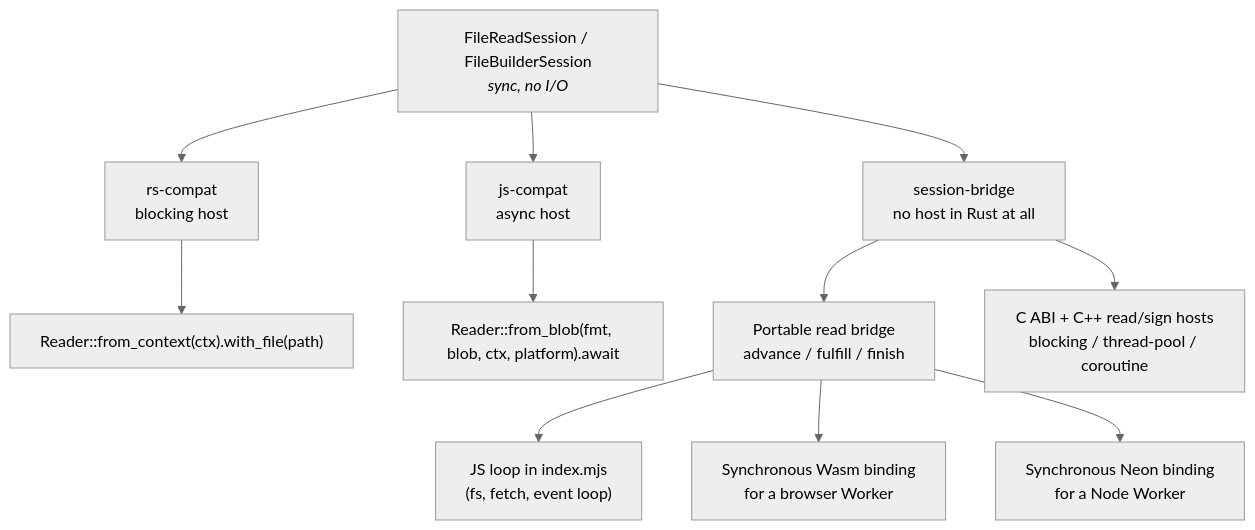
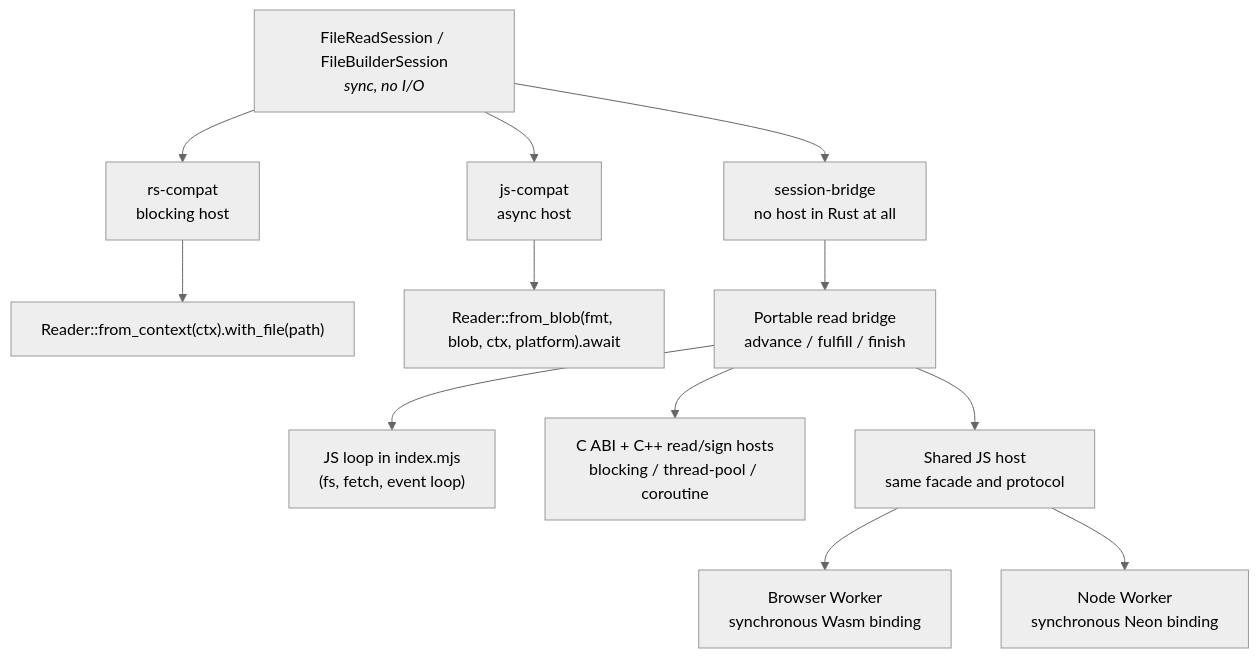
The first of 2 diagrams in docs/walkthrough/06-bindings.md (scouten/state-machine-experiment), drawn with Mermaid (neutral theme) before and after one commit. The commit also changed other lines of this file and 26 other files, not shown here.

First line of the commit message:
feat(js): shared Worker host and clients (2/3, split of #42) (#61)

````diff
--- a/docs/walkthrough/06-bindings.md
+++ b/docs/walkthrough/06-bindings.md
@@ -7,14 +7,15 @@
 ```mermaid
 flowchart TB
     E["FileReadSession / FileBuilderSession<br/><i>sync, no I/O</i>"]
     E --> R["rs-compat<br/>blocking host"]
     E --> J["js-compat<br/>async host"]
     E --> N["session-bridge<br/>no host in Rust at all"]
     R --> R1["Reader::from_context(ctx).with_file(path)"]
     J --> J1["Reader::from_blob(fmt, blob, ctx, platform).await"]
     N --> N1["Portable read bridge<br/>advance / fulfill / finish"]
     N1 --> N2["JS loop in index.mjs<br/>(fs, fetch, event loop)"]
-    N --> CPP["C ABI + C++ read/sign hosts<br/>blocking / thread-pool / coroutine"]
-    N1 --> WB["Synchronous Wasm binding<br/>for a browser Worker"]
-    N1 --> WN["Synchronous Neon binding<br/>for a Node Worker"]
+    N1 --> CPP["C ABI + C++ read/sign hosts<br/>blocking / thread-pool / coroutine"]
+    N1 --> W["Shared JS host<br/>same facade and protocol"]
+    W --> WB["Browser Worker<br/>synchronous Wasm binding"]
+    W --> WN["Node Worker<br/>synchronous Neon binding"]
 ```
````
